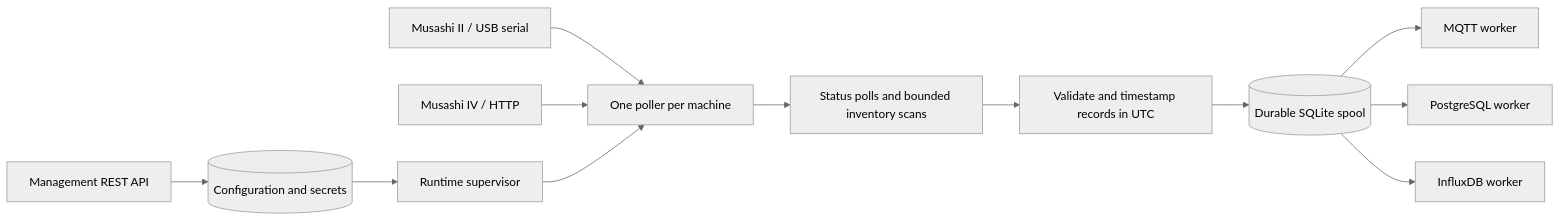
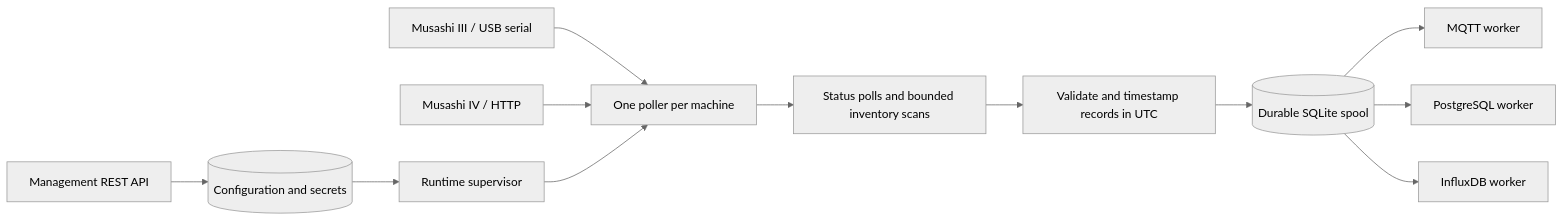
One commit to Faiisu/musashi-ingestion changed the diagram in docs/architecture.md. Above: the diagram before and after it, drawn with Mermaid (neutral theme). The commit also changed other lines of this file and 26 other files, not shown here.

````diff
--- a/docs/architecture.md
+++ b/docs/architecture.md
@@ -19,14 +19,14 @@
 ```mermaid
 flowchart LR
   API[Management REST API] --> Config[(Configuration and secrets)]
   Config --> Supervisor[Runtime supervisor]
-  II[Musashi II / USB serial] --> Pollers[One poller per machine]
+  III[Musashi III / USB serial] --> Pollers[One poller per machine]
   IV[Musashi IV / HTTP] --> Pollers
   Supervisor --> Pollers
   Pollers --> Normalize[Status polls and bounded inventory scans]
   Normalize --> Records[Validate and timestamp records in UTC]
   Records --> Spool[(Durable SQLite spool)]
   Spool --> MQTT[MQTT worker]
   Spool --> PG[PostgreSQL worker]
   Spool --> Influx[InfluxDB worker]
 ```
````
